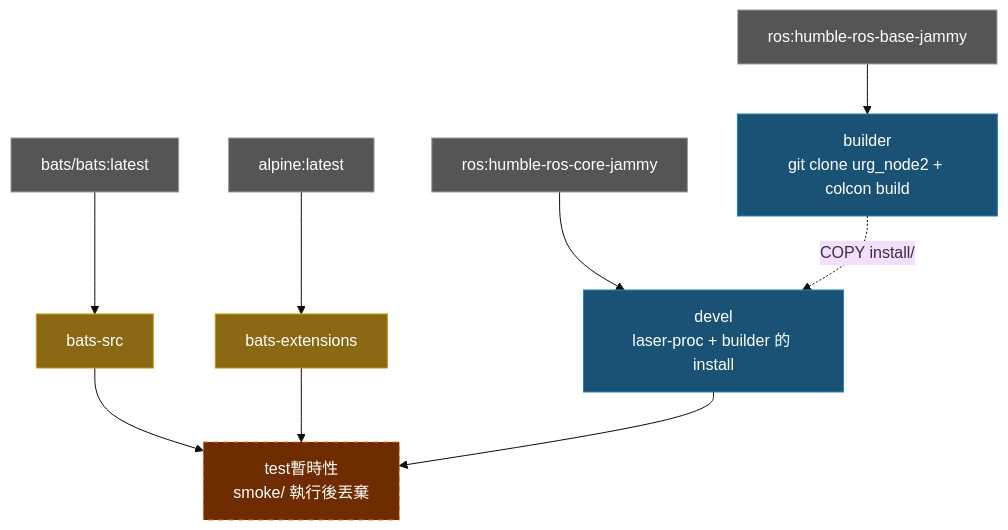
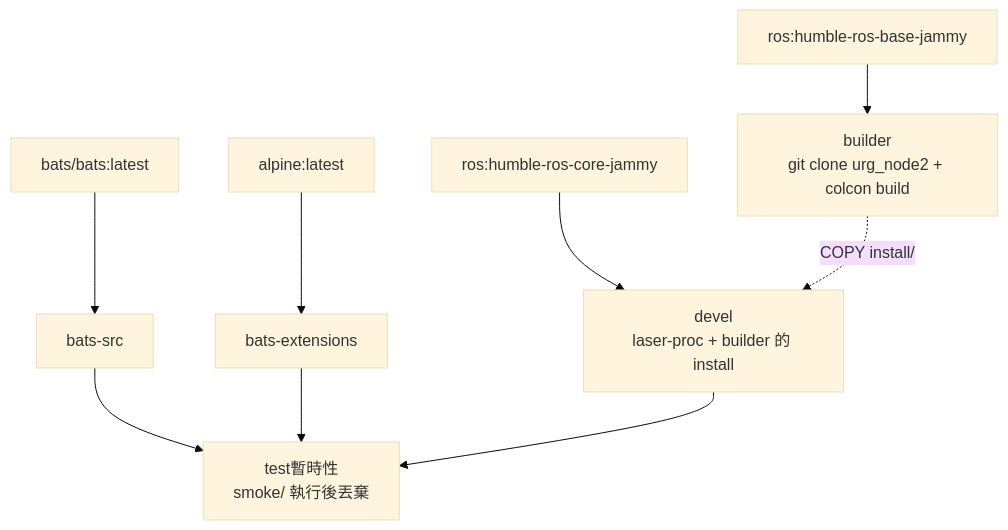
Before and after one commit to ycpss91255-docker/urg_node_humble: the diagram in doc/README.zh-TW.md, drawn with Mermaid (base theme). The commit also changed 3 other files, not shown here.

Commit message:
docs: remove mermaid background colors from architecture diagrams

````diff
--- a/doc/README.zh-TW.md
+++ b/doc/README.zh-TW.md
@@ -96,24 +96,20 @@
 ```mermaid
 graph TD
-    EXT1["bats/bats:latest"]:::external
-    EXT2["alpine:latest"]:::external
-    EXT3["ros:humble-ros-base-jammy"]:::external
-    EXT4["ros:humble-ros-core-jammy"]:::external
+    EXT1["bats/bats:latest"]
+    EXT2["alpine:latest"]
+    EXT3["ros:humble-ros-base-jammy"]
+    EXT4["ros:humble-ros-core-jammy"]
 
-    EXT1 --> bats-src["bats-src"]:::tool
-    EXT2 --> bats-ext["bats-extensions"]:::tool
+    EXT1 --> bats-src["bats-src"]
+    EXT2 --> bats-ext["bats-extensions"]
 
-    EXT3 --> builder["builder\ngit clone urg_node2 + colcon build"]:::stage
+    EXT3 --> builder["builder\ngit clone urg_node2 + colcon build"]
 
-    EXT4 --> devel["devel\nlaser-proc + builder 的 install"]:::stage
+    EXT4 --> devel["devel\nlaser-proc + builder 的 install"]
     builder -.->|COPY install/| devel
 
-    bats-src --> test["test暫時性\nsmoke/ 執行後丟棄"]:::ephemeral
+    bats-src --> test["test暫時性\nsmoke/ 執行後丟棄"]
     bats-ext --> test
     devel --> test
 
-    classDef external fill:#555,color:#fff,stroke:#999
-    classDef tool fill:#8B6914,color:#fff,stroke:#c8960c
-    classDef stage fill:#1a5276,color:#fff,stroke:#2980b9
-    classDef ephemeral fill:#6e2c00,color:#fff,stroke:#e67e22,stroke-dasharray:5 5
 ```
````
